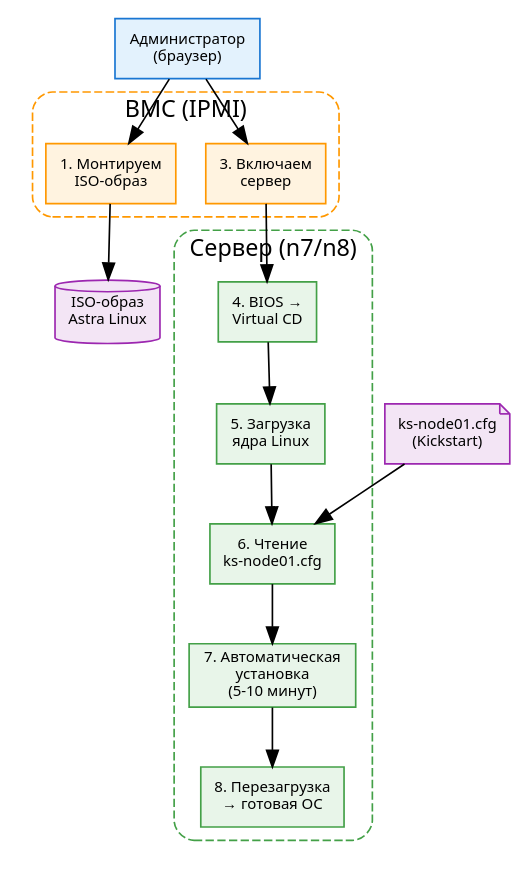
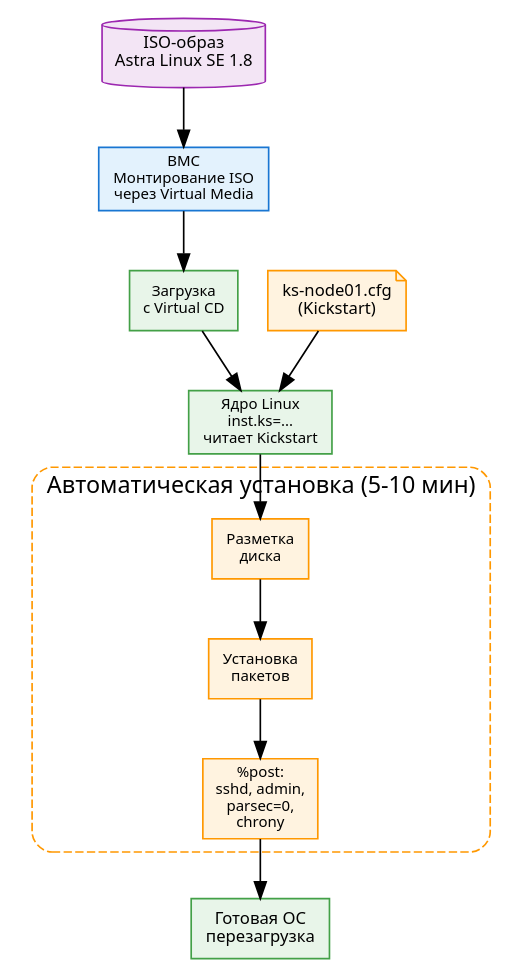
Before and after one commit to dedvmedved-dot/aither-project: the second of 21 diagrams in docs/training-manual/02-part2-deployment.md, drawn with Graphviz. The commit also changed other lines of this file, not shown here.

First line of the commit message:
fix: Часть II — строгое соответствие TOC. 70 KB, 18 DOT-схем, 20+ таблиц

````diff
--- a/docs/training-manual/02-part2-deployment.md
+++ b/docs/training-manual/02-part2-deployment.md
@@ -186,43 +189,33 @@
 ```dot
-digraph KickstartInstall {
+digraph KickstartFlow {
     rankdir=TB
     bgcolor="#ffffff"
     node [fontname="system-ui", fontsize=9]
 
-    admin [label="Администратор\n(браузер)", shape=box, style="filled", fillcolor="#e3f2fd", color="#1976d2"]
+    iso [label="ISO-образ\nAstra Linux SE 1.8", shape=cylinder, style="filled", fillcolor="#f3e5f5", color="#9c27b0", fontsize=10]
+    ks [label="ks-node01.cfg\n(Kickstart)", shape=note, style="filled", fillcolor="#fff3e0", color="#ff9800", fontsize=10]
 
-    subgraph cluster_bmc {
-        label="BMC (IPMI)"
+    bmc [label="BMC\nМонтирование ISO\nчерез Virtual Media", shape=box, style="filled", fillcolor="#e3f2fd", color="#1976d2"]
+
+    boot [label="Загрузка\nс Virtual CD", shape=box, style="filled", fillcolor="#e8f5e9", color="#43a047"]
+
+    kernel [label="Ядро Linux\ninst.ks=...\nчитает Kickstart", shape=box, style="filled", fillcolor="#e8f5e9", color="#43a047"]
+
+    subgraph cluster_install {
+        label="Автоматическая установка (5-10 мин)"
         style="rounded,dashed"
         color="#ff9800"
         fontname="system-ui"
 
-        mount [label="1. Монтируем\nISO-образ", shape=box, style="filled", fillcolor="#fff3e0", color="#ff9800"]
-        power [label="3. Включаем\nсервер", shape=box, style="filled", fillcolor="#fff3e0", color="#ff9800"]
+        disk [label="Разметка\nдиска", shape=box, style="filled", fillcolor="#fff3e0", color="#ff9800"]
+        pkgs [label="Установка\nпакетов", shape=box, style="filled", fillcolor="#fff3e0", color="#ff9800"]
+        post [label="%post:\nsshd, admin,\nparsec=0,\nchrony", shape=box, style="filled", fillcolor="#fff3e0", color="#ff9800"]
     }
 
-    subgraph cluster_server {
-        label="Сервер (n7/n8)"
-        style="rounded,dashed"
-        color="#43a047"
-        fontname="system-ui"
+    ready [label="Готовая ОС\nперезагрузка", shape=box, style="filled", fillcolor="#e8f5e9", color="#43a047", fontsize=10]
 
-        boot [label="4. BIOS →\nVirtual CD", shape=box, style="filled", fillcolor="#e8f5e9", color="#43a047"]
-        kernel [label="5. Загрузка\nядра Linux", shape=box, style="filled", fillcolor="#e8f5e9", color="#43a047"]
-        kickstart [label="6. Чтение\nks-node01.cfg", shape=box, style="filled", fillcolor="#e8f5e9", color="#43a047"]
-        install [label="7. Автоматическая\nустановка\n(5-10 минут)", shape=box, style="filled", fillcolor="#e8f5e9", color="#43a047"]
-        reboot [label="8. Перезагрузка\n→ готовая ОС", shape=box, style="filled", fillcolor="#e8f5e9", color="#43a047"]
-    }
-
-    iso [label="ISO-образ\nAstra Linux", shape=cylinder, style="filled", fillcolor="#f3e5f5", color="#9c27b0"]
-    ks [label="ks-node01.cfg\n(Kickstart)", shape=note, style="filled", fillcolor="#f3e5f5", color="#9c27b0"]
-
-    admin -> mount
-    mount -> iso
-    admin -> power
-    power -> boot
-    boot -> kernel -> kickstart
-    ks -> kickstart
-    kickstart -> install -> reboot
+    iso -> bmc -> boot -> kernel
+    ks -> kernel
+    kernel -> disk -> pkgs -> post -> ready
 }
 ```
````
